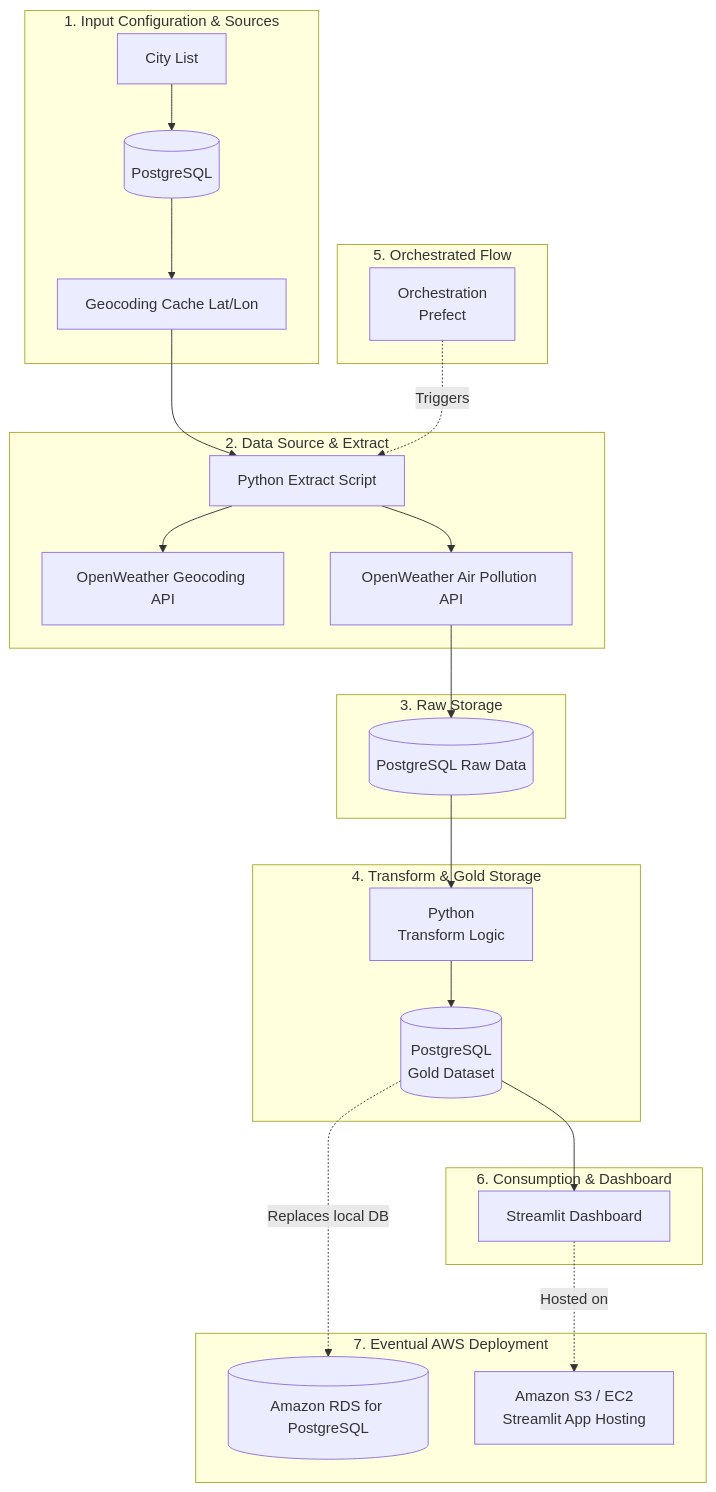
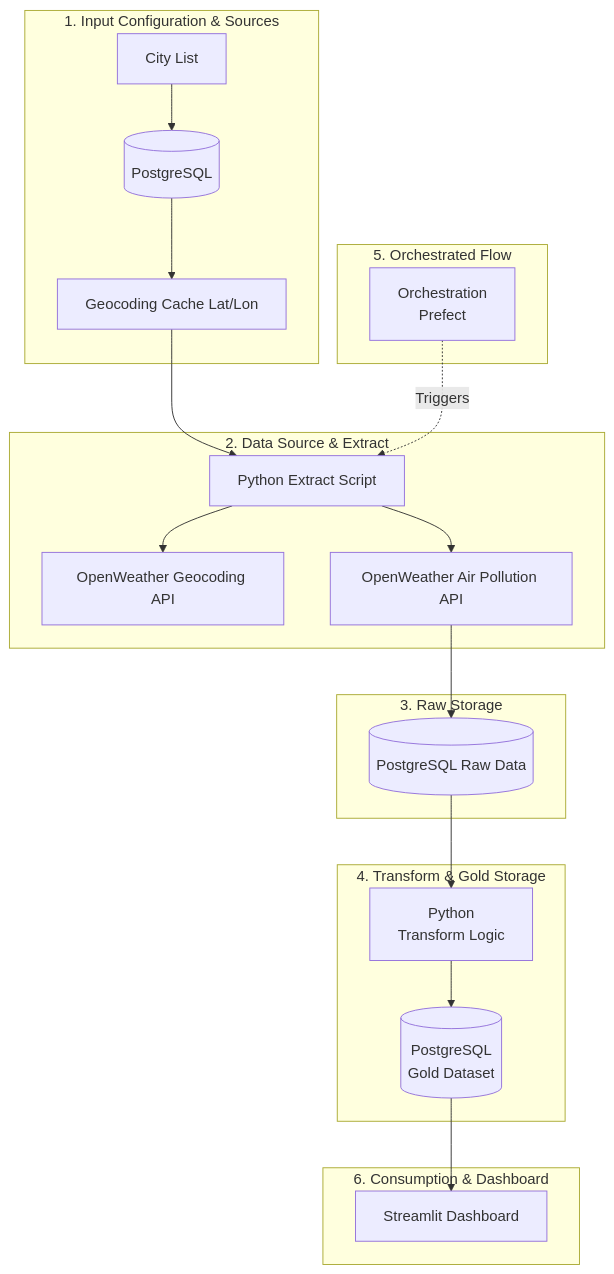
Before and after one commit to Code-the-Dream-School/fall-practicum-py-team4: the first of 2 diagrams in docs/refined_architecture_diagram.md, drawn with Mermaid. The commit also changed other lines of this file, not shown here.

Commit message:
separated local from eventual AWS deployment, updated diagrams

````diff
--- a/docs/refined_architecture_diagram.md
+++ b/docs/refined_architecture_diagram.md
@@ -9,40 +9,31 @@
 ```mermaid
 graph TD
     %% Input Configuration & Sources
     subgraph Input_Config [1. Input Configuration & Sources]
         A1[City List] --> A2[(PostgreSQL)]
         A2 --> A3[Geocoding Cache Lat/Lon]
     end
 
     subgraph Data_Source_Extract [2. Data Source & Extract]
         A3 --> B1[Python Extract Script]
         B1 --> B2[OpenWeather Geocoding API]
         B1 --> B3[OpenWeather Air Pollution API]
     end
 
     subgraph Raw_Storage [3. Raw Storage]
         B3 --> C1[(PostgreSQL Raw Data)]
     end
 
     subgraph Transform_Gold [4. Transform & Gold Storage]
         C1 --> D1[Python <br> Transform Logic]
         D1 --> D2[(PostgreSQL <br>Gold Dataset)]
     end
 
     subgraph Orchestration [5. Orchestrated Flow]
         E1[Orchestration <br/> Prefect] -.->|Triggers| B1
     end
 
     subgraph Dashboard_API [6. Consumption & Dashboard]
         D2 --> F1[Streamlit Dashboard]
     end
-
-    subgraph AWS_Deployment [7. Eventual AWS Deployment]
-        AWS_DB[(Amazon RDS for PostgreSQL)]
-        AWS_FE[Amazon S3 / EC2 <br/> Streamlit App Hosting]
-    end
-
-    %% Connections to Deployment
-    D2 -.->|Replaces local DB| AWS_DB
-    F1 -.->|Hosted on| AWS_FE
 ```
````
